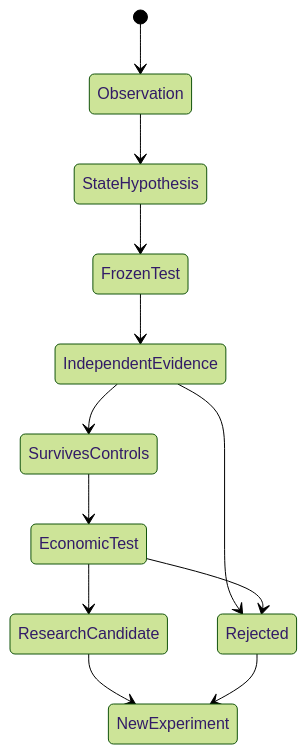
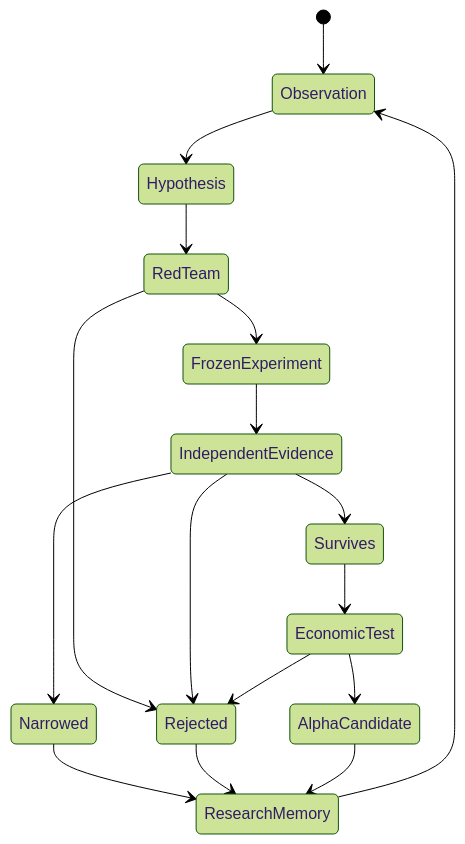
The second of 2 diagrams in ARCHITECTURE.md (Andy11-cpu/shark-case-study), drawn with Mermaid (forest theme) before and after one commit. The commit also changed other lines of this file and 3 other files, not shown here.

````diff
--- a/ARCHITECTURE.md
+++ b/ARCHITECTURE.md
@@ -53,14 +112,19 @@
 ```mermaid
 stateDiagram-v2
     [*] --> Observation
-    Observation --> StateHypothesis
-    StateHypothesis --> FrozenTest
-    FrozenTest --> IndependentEvidence
+    Observation --> Hypothesis
+    Hypothesis --> RedTeam
+    RedTeam --> Rejected
+    RedTeam --> FrozenExperiment
+    FrozenExperiment --> IndependentEvidence
     IndependentEvidence --> Rejected
-    IndependentEvidence --> SurvivesControls
-    SurvivesControls --> EconomicTest
-    EconomicTest --> ResearchCandidate
+    IndependentEvidence --> Narrowed
+    IndependentEvidence --> Survives
+    Narrowed --> ResearchMemory
+    Rejected --> ResearchMemory
+    Survives --> EconomicTest
     EconomicTest --> Rejected
-    ResearchCandidate --> NewExperiment
-    Rejected --> NewExperiment
+    EconomicTest --> AlphaCandidate
+    AlphaCandidate --> ResearchMemory
+    ResearchMemory --> Observation
 ```
````
